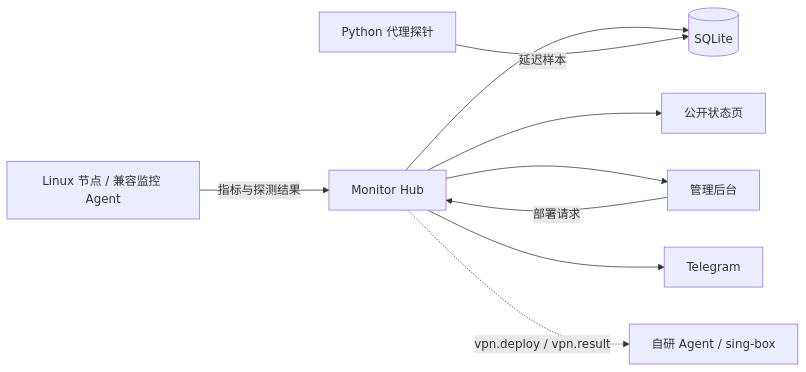
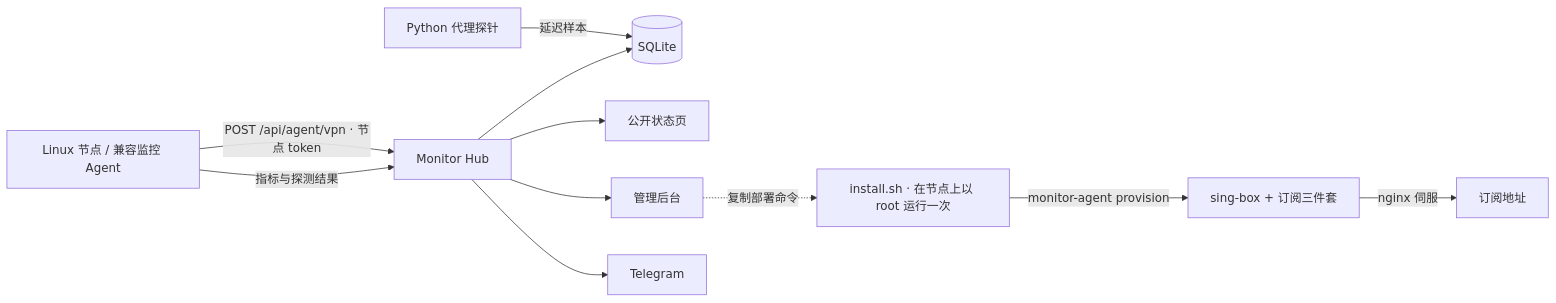
The diagram in README.md (Isyyyue/monitor), drawn with Mermaid before and after one commit. The commit also changed other lines of this file and 12 other files, not shown here.

````diff
--- a/README.md
+++ b/README.md
@@ -116,11 +129,13 @@
 ```mermaid
 flowchart LR
     A[Linux 节点 / 兼容监控 Agent] -->|指标与探测结果| H[Monitor Hub]
+    A -->|POST /api/agent/vpn · 节点 token| H
     H --> D[(SQLite)]
     H --> P[公开状态页]
     H --> M[管理后台]
     H --> T[Telegram]
-    M -->|部署请求| H
-    H -.->|vpn.deploy / vpn.result| V[自研 Agent / sing-box]
+    M -.->|复制部署命令| I[install.sh · 在节点上以 root 运行一次]
+    I -->|monitor-agent provision| V[sing-box + 订阅三件套]
+    V -->|nginx 伺服| S[订阅地址]
     Q[Python 代理探针] -->|延迟样本| D
 ```
````
